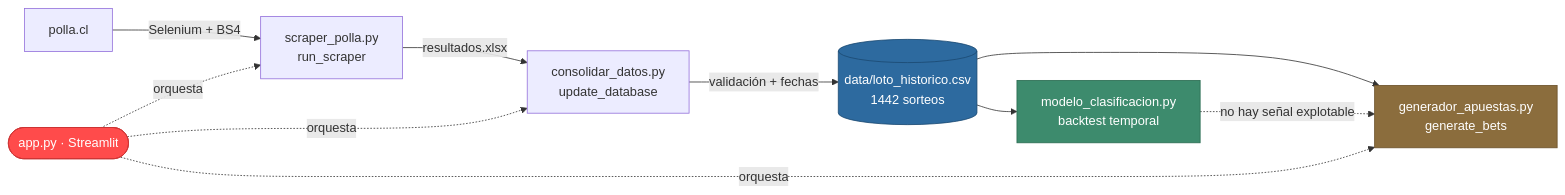
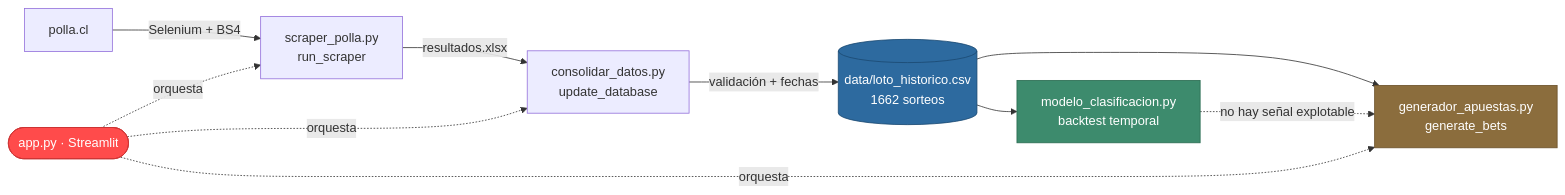
Before and after one commit to HangLoose84/loto-data-pipeline: the diagram in README.md, drawn with Mermaid. The commit also changed other lines of this file and 3 other files, not shown here.

````diff
--- a/README.md
+++ b/README.md
@@ -83,17 +83,17 @@
 ```mermaid
 flowchart LR
     W["polla.cl"] -->|"Selenium + BS4"| S["scraper_polla.py<br/>run_scraper"]
     S -->|"resultados.xlsx"| C["consolidar_datos.py<br/>update_database"]
-    C -->|"validación + fechas"| D[("data/loto_historico.csv<br/>1442 sorteos")]
+    C -->|"validación + fechas"| D[("data/loto_historico.csv<br/>1662 sorteos")]
     D --> M["modelo_clasificacion.py<br/>backtest temporal"]
     D --> G["generador_apuestas.py<br/>generate_bets"]
     M -.->|"no hay señal explotable"| G
     A(["app.py · Streamlit"]) -.->|"orquesta"| S
     A -.->|"orquesta"| C
     A -.->|"orquesta"| G
 
     style A fill:#FF4B4B,stroke:#c33,color:#fff
     style D fill:#2d6a9f,stroke:#1b4a72,color:#fff
     style M fill:#3d8b6d,stroke:#2a6b51,color:#fff
     style G fill:#8b6d3d,stroke:#6b512a,color:#fff
 ```
````
